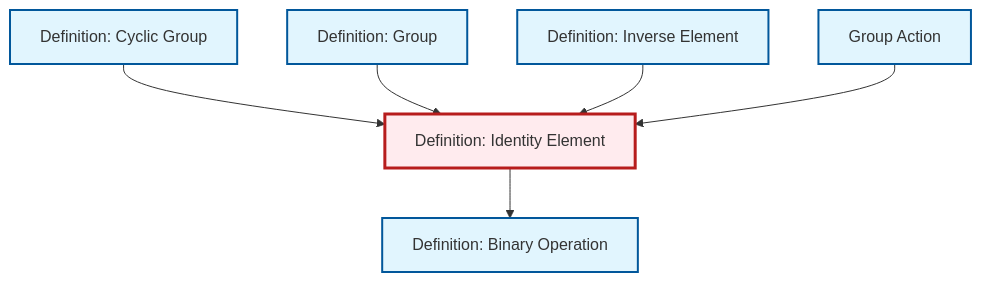
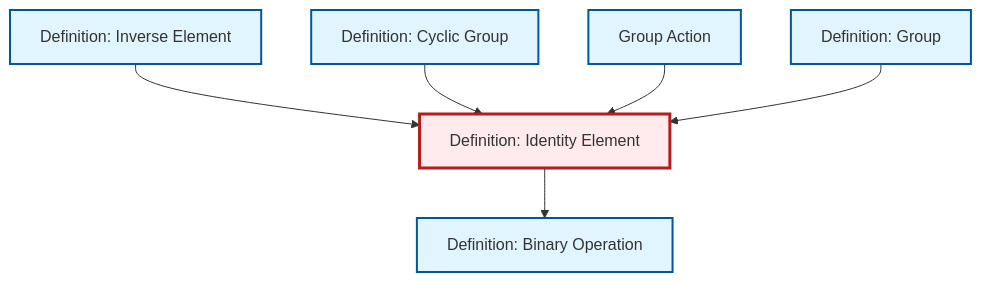
The diagram in content/ja/algebra/def-identity-element.qmd (RK0429/ModernMath), drawn with Mermaid before and after one commit. The commit also changed other lines of this file and 491 other files, not shown here.

````diff
--- a/content/ja/algebra/def-identity-element.qmd
+++ b/content/ja/algebra/def-identity-element.qmd
@@ -81,26 +81,26 @@
 ```{mermaid}
 %%| fig-cap: "Local dependency graph"
 graph TD
     classDef definition fill:#e1f5fe,stroke:#01579b,stroke-width:2px
     classDef theorem fill:#f3e5f5,stroke:#4a148c,stroke-width:2px
     classDef axiom fill:#fff3e0,stroke:#e65100,stroke-width:2px
     classDef example fill:#e8f5e9,stroke:#1b5e20,stroke-width:2px
     classDef current fill:#ffebee,stroke:#b71c1c,stroke-width:3px
+    def-binary-operation["Definition: Binary Operation"]:::definition
+    def-cyclic-group["Definition: Cyclic Group"]:::definition
+    def-group["Definition: Group"]:::definition
+    def-inverse-element["Definition: Inverse Element"]:::definition
     def-group-action["Group Action"]:::definition
-    def-group["Definition: Group"]:::definition
-    def-cyclic-group["Definition: Cyclic Group"]:::definition
     def-identity-element["Definition: Identity Element"]:::definition
-    def-binary-operation["Definition: Binary Operation"]:::definition
-    def-inverse-element["Definition: Inverse Element"]:::definition
+    def-inverse-element --> def-identity-element
     def-cyclic-group --> def-identity-element
-    def-group --> def-identity-element
-    def-inverse-element --> def-identity-element
     def-group-action --> def-identity-element
     def-identity-element --> def-binary-operation
+    def-group --> def-identity-element
     class def-identity-element current
+    click def-binary-operation "def-binary-operation.html" "Definition: Binary Operationへ"
+    click def-cyclic-group "def-cyclic-group.html" "Definition: Cyclic Groupへ"
+    click def-group "def-group.html" "Definition: Groupへ"
+    click def-inverse-element "def-inverse-element.html" "Definition: Inverse Elementへ"
     click def-group-action "def-group-action.html" "Group Actionへ"
-    click def-group "def-group.html" "Definition: Groupへ"
-    click def-cyclic-group "def-cyclic-group.html" "Definition: Cyclic Groupへ"
-    click def-binary-operation "def-binary-operation.html" "Definition: Binary Operationへ"
-    click def-inverse-element "def-inverse-element.html" "Definition: Inverse Elementへ"
 ```
````
